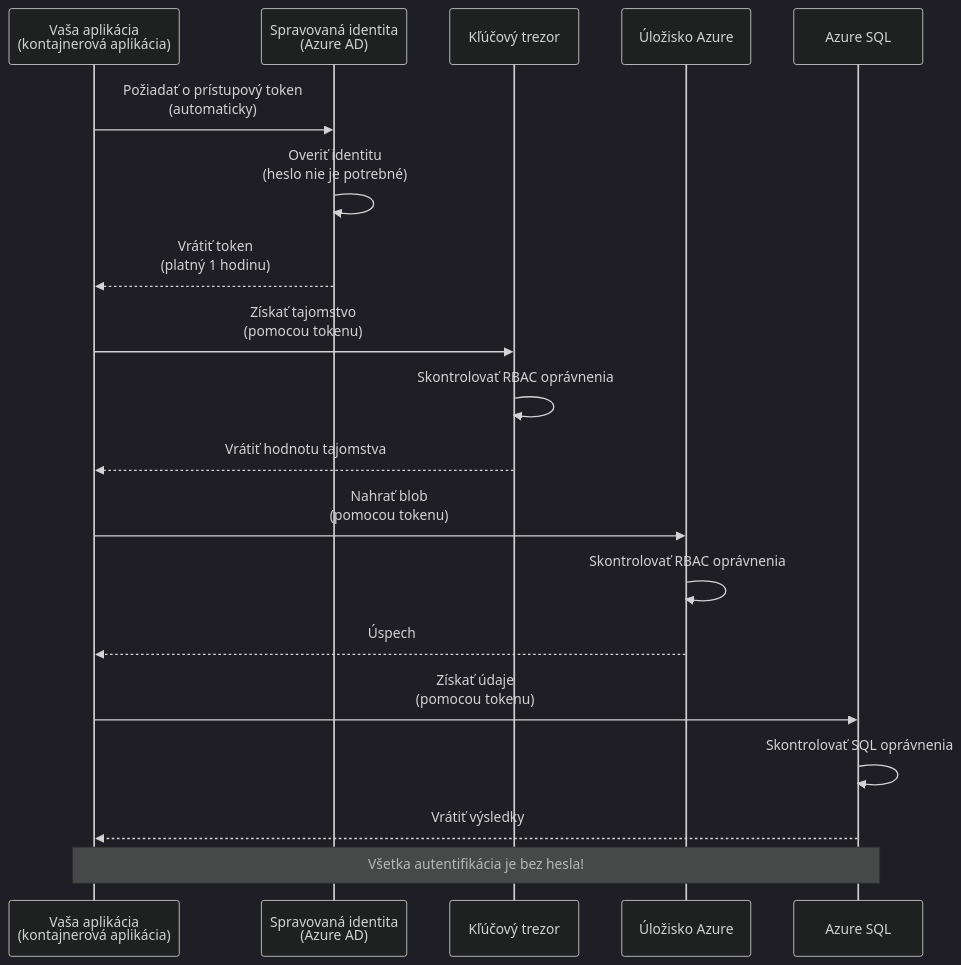
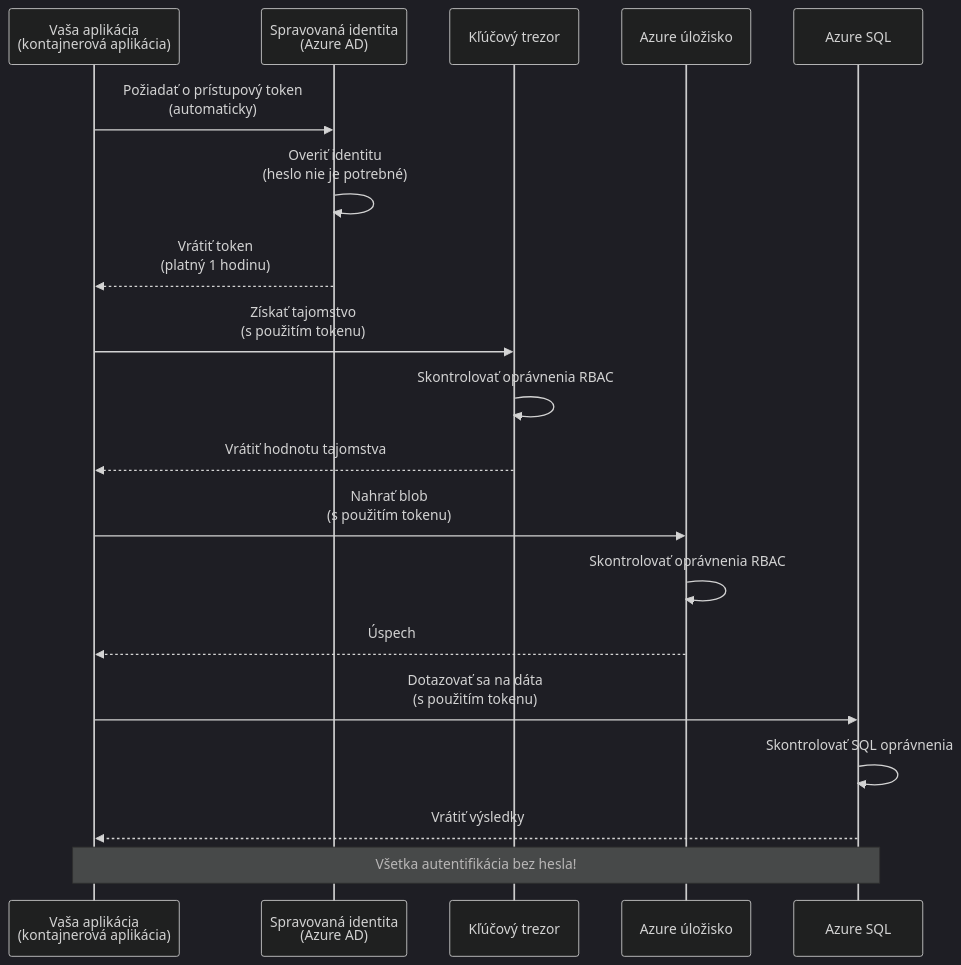
The first of 2 diagrams in translations/sk/docs/chapter-03-configuration/authsecurity.md (microsoft/AZD-for-beginners), drawn with Mermaid (dark theme) before and after one commit. The commit also changed other lines of this file and 101 other files, not shown here.

````diff
--- a/translations/sk/docs/chapter-03-configuration/authsecurity.md
+++ b/translations/sk/docs/chapter-03-configuration/authsecurity.md
@@ -69,26 +69,26 @@
 ```mermaid
 sequenceDiagram
     participant App as Vaša aplikácia<br/>(kontajnerová aplikácia)
     participant MI as Spravovaná identita<br/>(Azure AD)
     participant KV as Kľúčový trezor
-    participant Storage as Úložisko Azure
+    participant Storage as Azure úložisko
     participant DB as Azure SQL
     
     App->>MI: Požiadať o prístupový token<br/>(automaticky)
     MI->>MI: Overiť identitu<br/>(heslo nie je potrebné)
     MI-->>App: Vrátiť token<br/>(platný 1 hodinu)
     
-    App->>KV: Získať tajomstvo<br/>(pomocou tokenu)
-    KV->>KV: Skontrolovať RBAC oprávnenia
+    App->>KV: Získať tajomstvo<br/>(s použitím tokenu)
+    KV->>KV: Skontrolovať oprávnenia RBAC
     KV-->>App: Vrátiť hodnotu tajomstva
     
-    App->>Storage: Nahrať blob<br/>(pomocou tokenu)
-    Storage->>Storage: Skontrolovať RBAC oprávnenia
+    App->>Storage: Nahrať blob<br/>(s použitím tokenu)
+    Storage->>Storage: Skontrolovať oprávnenia RBAC
     Storage-->>App: Úspech
     
-    App->>DB: Získať údaje<br/>(pomocou tokenu)
+    App->>DB: Dotazovať sa na dáta<br/>(s použitím tokenu)
     DB->>DB: Skontrolovať SQL oprávnenia
     DB-->>App: Vrátiť výsledky
     
-    Note over App,DB: Všetka autentifikácia je bez hesla!
+    Note over App,DB: Všetka autentifikácia bez hesla!
 ```
````
